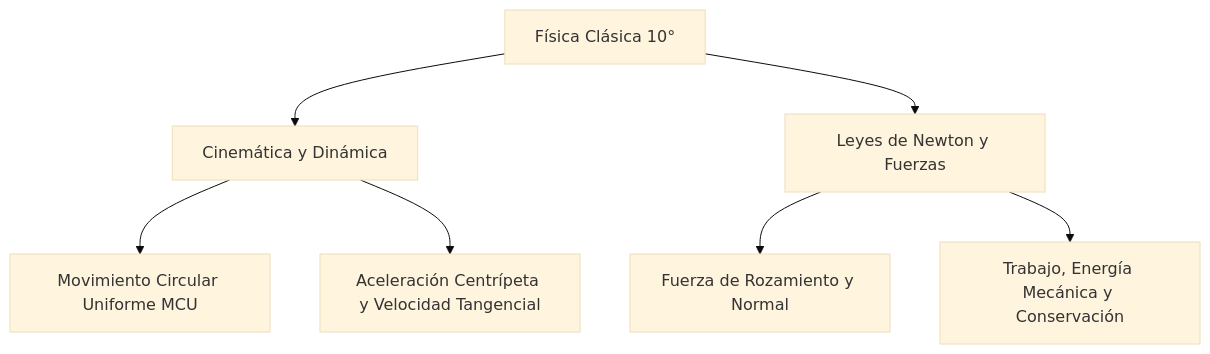
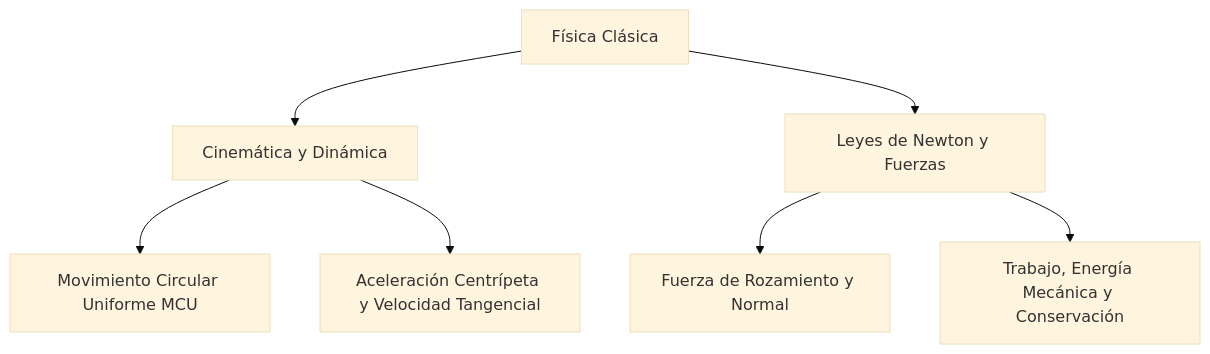
The diagram in 02 📝 Asignaciones y Tareas/⚡ Física/Ley de ohm y circuitos.md (julianpolis1234-lab/phidias-obsidian-vault), drawn with Mermaid (base theme) before and after one commit. The commit also changed other lines of this file and 65 other files, not shown here.

````diff
--- a/02 📝 Asignaciones y Tareas/⚡ Física/Ley de ohm y circuitos.md
+++ b/02 📝 Asignaciones y Tareas/⚡ Física/Ley de ohm y circuitos.md
@@ -123,9 +125,9 @@
 ```mermaid
 graph TD
-    A[Física Clásica 10°] --> B[Cinemática y Dinámica]
+    A[Física Clásica] --> B[Cinemática y Dinámica]
     A --> C[Leyes de Newton y Fuerzas]
     B --> B1[Movimiento Circular Uniforme MCU]
     B --> B2[Aceleración Centrípeta y Velocidad Tangencial]
     C --> C1[Fuerza de Rozamiento y Normal]
     C --> C2[Trabajo, Energía Mecánica y Conservación]
 ```
````
